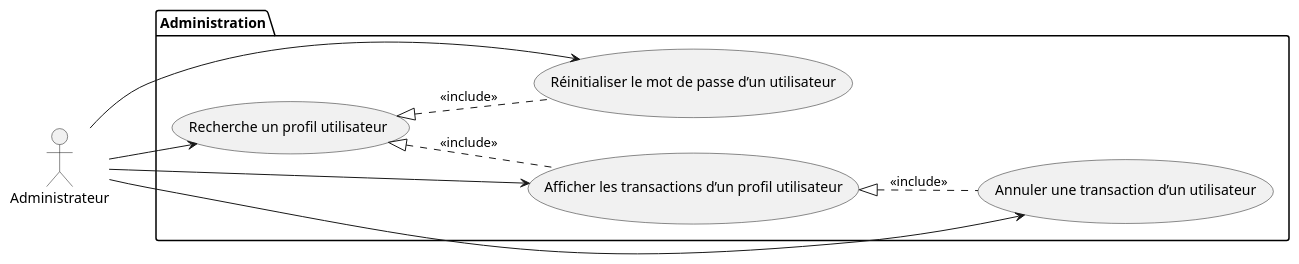
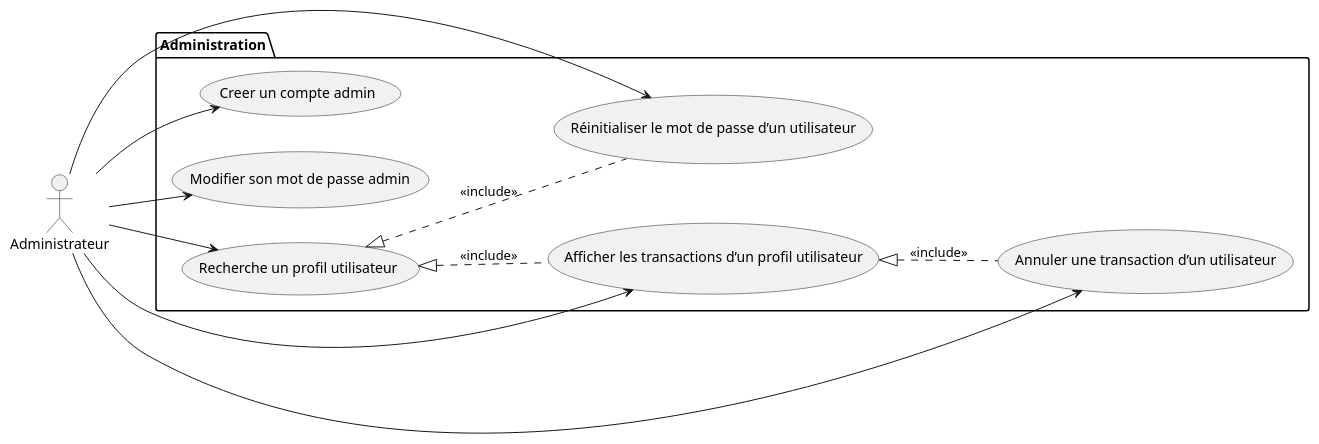
Before and after one commit to lmtb06/sharecount: the diagram in diagrammes/specification/cas-utilisation/package-administration.puml, drawn with PlantUML. The commit also changed 7 other files, not shown here.

Commit message:
- Actualisation diagramme de package - Ajout de la creation de compte pour admin - Correction de differents diagrammes de séquence

```diff
--- a/diagrammes/specification/cas-utilisation/package-administration.puml
+++ b/diagrammes/specification/cas-utilisation/package-administration.puml
@@ -1,23 +1,27 @@
 @startuml Cas utilisation - Administration
 left to right direction
 
 actor "Administrateur" as Admin
 
 package "Administration"{
     usecase "Recherche un profil utilisateur" as rpu
     usecase "Afficher les transactions d’un profil utilisateur" as atpu
     usecase "Annuler une transaction d’un utilisateur" as atu
 		usecase "Réinitialiser le mot de passe d’un utilisateur" as rmpu
+		usecase "Creer un compte admin" as cca
+		usecase "Modifier son mot de passe admin" as mmpa
 }
 
 actor "Administrateur" as Admin
 
 Admin --> rpu
 Admin --> atpu
 Admin --> atu
 Admin --> rmpu
+Admin --> cca
+Admin --> mmpa
 
 atpu <|.. atu  : <<include>>
 rpu <|.. atpu  : <<include>>
 rpu <|.. rmpu  : <<include>>
 @enduml
```
